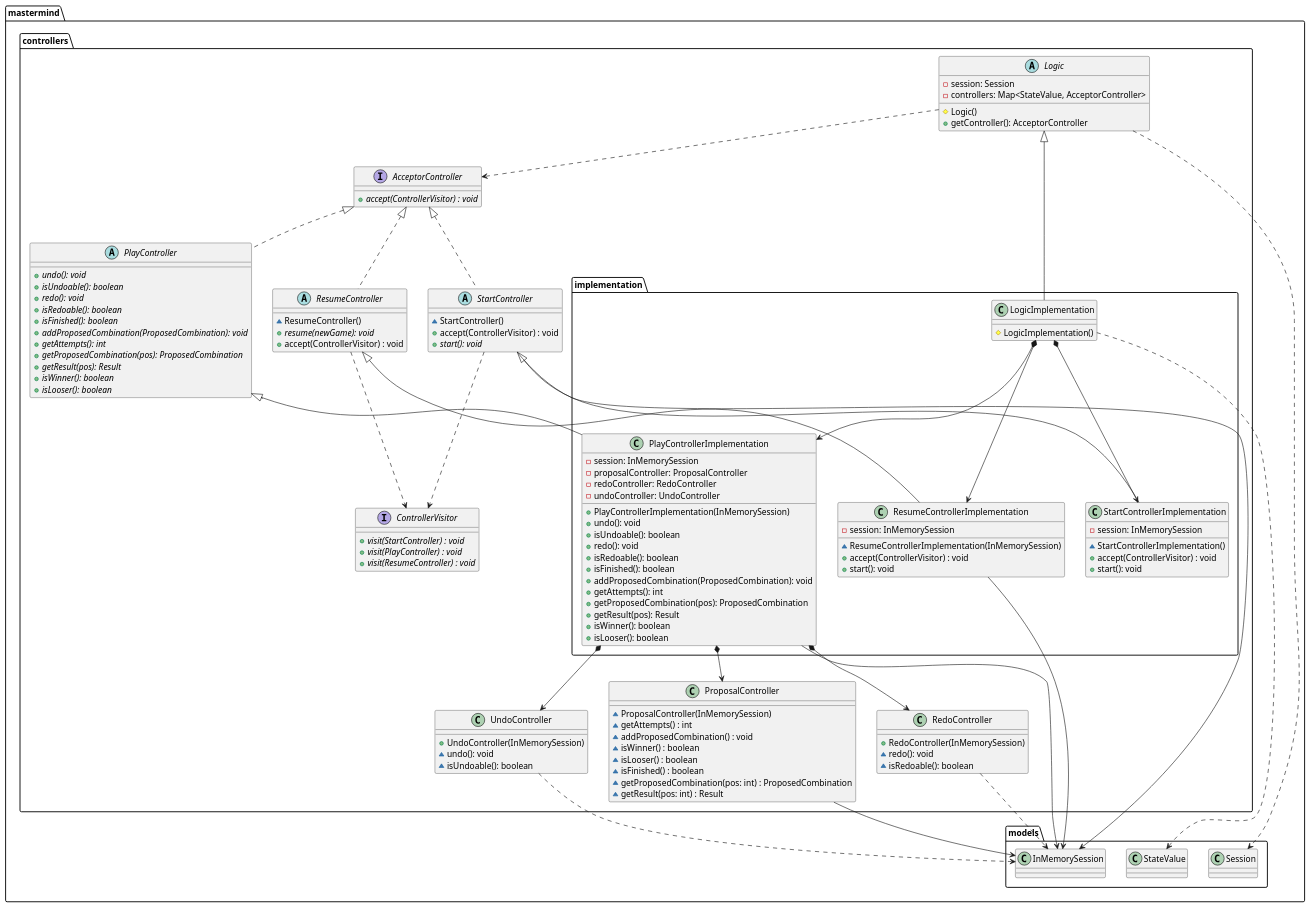
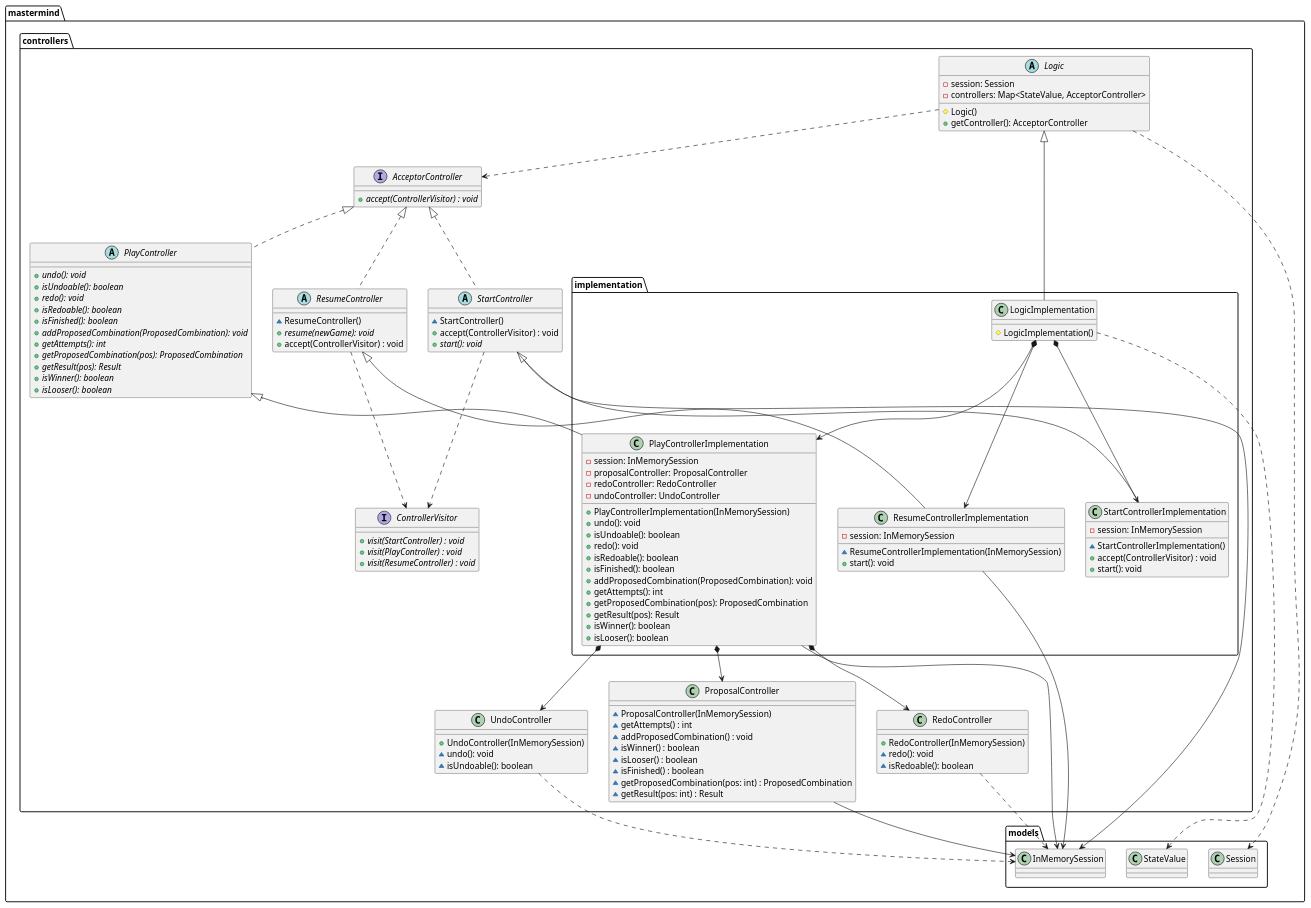
One commit to juanaviladev/dcs-mastermind changed the diagram in mastermind.controllers.puml. Above: the diagram before and after it, drawn with PlantUML. The commit also changed 4 other files, not shown here.

```diff
--- a/mastermind.controllers.puml
+++ b/mastermind.controllers.puml
@@ -1,131 +1,130 @@
 @startuml
 
 top to bottom direction
 
 interface mastermind.controllers.AcceptorController {
     + {abstract} accept(ControllerVisitor) : void
 }
 interface mastermind.controllers.ControllerVisitor {
      + {abstract} visit(StartController) : void
      + {abstract} visit(PlayController) : void
      + {abstract} visit(ResumeController) : void
 }
 
 class mastermind.controllers.RedoController {
     + RedoController(InMemorySession)
     ~ redo(): void
     ~ isRedoable(): boolean
 }
 mastermind.controllers.RedoController ..> mastermind.models.InMemorySession
 
 class mastermind.controllers.UndoController {
     + UndoController(InMemorySession)
     ~ undo(): void
     ~ isUndoable(): boolean
 }
 mastermind.controllers.UndoController ..> mastermind.models.InMemorySession
 
 class mastermind.controllers.ProposalController {
     ~ ProposalController(InMemorySession)
     ~ getAttempts() : int
     ~ addProposedCombination() : void
     ~ isWinner() : boolean
     ~ isLooser() : boolean
     ~ isFinished() : boolean
     ~ getProposedCombination(pos: int) : ProposedCombination
     ~ getResult(pos: int) : Result
 }
 mastermind.controllers.ProposalController --> mastermind.models.InMemorySession
 
 abstract class mastermind.controllers.PlayController {
     + {abstract} undo(): void
     + {abstract} isUndoable(): boolean
     + {abstract} redo(): void
     + {abstract} isRedoable(): boolean
     + {abstract} isFinished(): boolean
     + {abstract} addProposedCombination(ProposedCombination): void
     + {abstract} getAttempts(): int
     + {abstract} getProposedCombination(pos): ProposedCombination
     + {abstract} getResult(pos): Result
     + {abstract} isWinner(): boolean
     + {abstract} isLooser(): boolean
 }
 mastermind.controllers.AcceptorController <|.. mastermind.controllers.PlayController
 
 class mastermind.controllers.implementation.PlayControllerImplementation {
     - session: InMemorySession
     - proposalController: ProposalController
     - redoController: RedoController
     - undoController: UndoController
     + PlayControllerImplementation(InMemorySession)
     + undo(): void
     + isUndoable(): boolean
     + redo(): void
     + isRedoable(): boolean
     + isFinished(): boolean
     + addProposedCombination(ProposedCombination): void
     + getAttempts(): int
     + getProposedCombination(pos): ProposedCombination
     + getResult(pos): Result
     + isWinner(): boolean
     + isLooser(): boolean
 }
 mastermind.controllers.PlayController <|-- mastermind.controllers.implementation.PlayControllerImplementation
 mastermind.controllers.implementation.PlayControllerImplementation --> mastermind.models.InMemorySession
 mastermind.controllers.implementation.PlayControllerImplementation *--> mastermind.controllers.ProposalController
 mastermind.controllers.implementation.PlayControllerImplementation *--> mastermind.controllers.UndoController
 mastermind.controllers.implementation.PlayControllerImplementation *--> mastermind.controllers.RedoController
 
 abstract class mastermind.controllers.ResumeController {
    ~ ResumeController()
    + {abstract} resume(newGame): void
    + accept(ControllerVisitor) : void
 }
 mastermind.controllers.AcceptorController <|.. mastermind.controllers.ResumeController
 mastermind.controllers.ResumeController ..> mastermind.controllers.ControllerVisitor
 
 class mastermind.controllers.implementation.ResumeControllerImplementation {
     - session: InMemorySession
     ~ ResumeControllerImplementation(InMemorySession)
-    + accept(ControllerVisitor) : void
     + start(): void
  }
 mastermind.controllers.ResumeController <|-- mastermind.controllers.implementation.ResumeControllerImplementation
 mastermind.controllers.implementation.ResumeControllerImplementation ---> mastermind.models.InMemorySession
 
 abstract class mastermind.controllers.StartController {
    ~ StartController()
    + accept(ControllerVisitor) : void
    + {abstract} start(): void
 }
 mastermind.controllers.AcceptorController <|.. mastermind.controllers.StartController
 mastermind.controllers.StartController ..> mastermind.controllers.ControllerVisitor
 
 class mastermind.controllers.implementation.StartControllerImplementation {
     - session: InMemorySession
    ~ StartControllerImplementation()
    + accept(ControllerVisitor) : void
    + start(): void
 }
 mastermind.controllers.StartController <|-- mastermind.controllers.implementation.StartControllerImplementation
 mastermind.controllers.StartController --> mastermind.models.InMemorySession
 
 abstract class mastermind.controllers.Logic {
     - session: Session
     - controllers: Map<StateValue, AcceptorController>
     # Logic()
     + getController(): AcceptorController
 }
 mastermind.controllers.Logic ..> mastermind.controllers.AcceptorController
 mastermind.controllers.Logic ..> mastermind.models.Session
 
 class mastermind.controllers.implementation.LogicImplementation {
     # LogicImplementation()
 }
 mastermind.controllers.Logic <|-- mastermind.controllers.implementation.LogicImplementation
 mastermind.controllers.implementation.LogicImplementation *--> mastermind.controllers.implementation.PlayControllerImplementation
 mastermind.controllers.implementation.LogicImplementation *--> mastermind.controllers.implementation.StartControllerImplementation
 mastermind.controllers.implementation.LogicImplementation *--> mastermind.controllers.implementation.ResumeControllerImplementation
 mastermind.controllers.implementation.LogicImplementation ..> mastermind.models.StateValue
 
 @enduml
```
